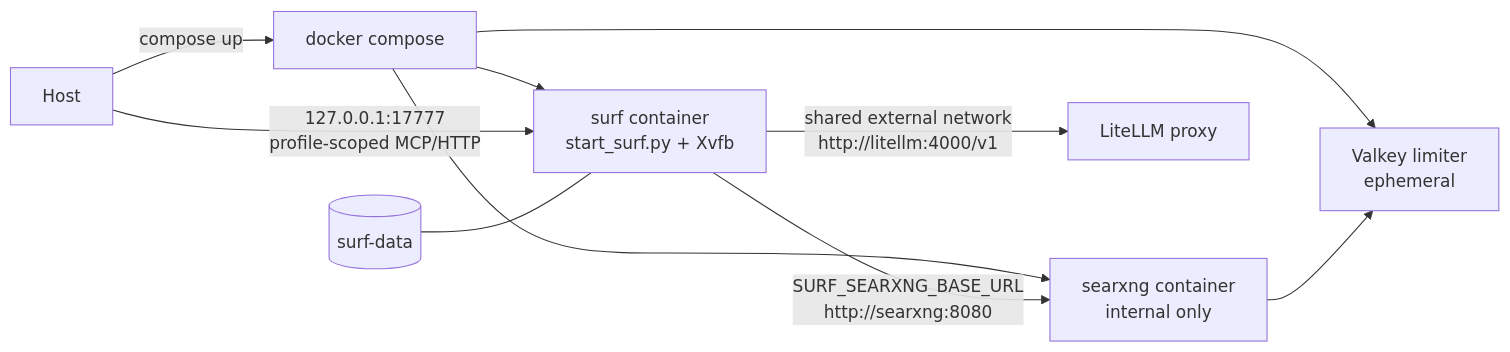
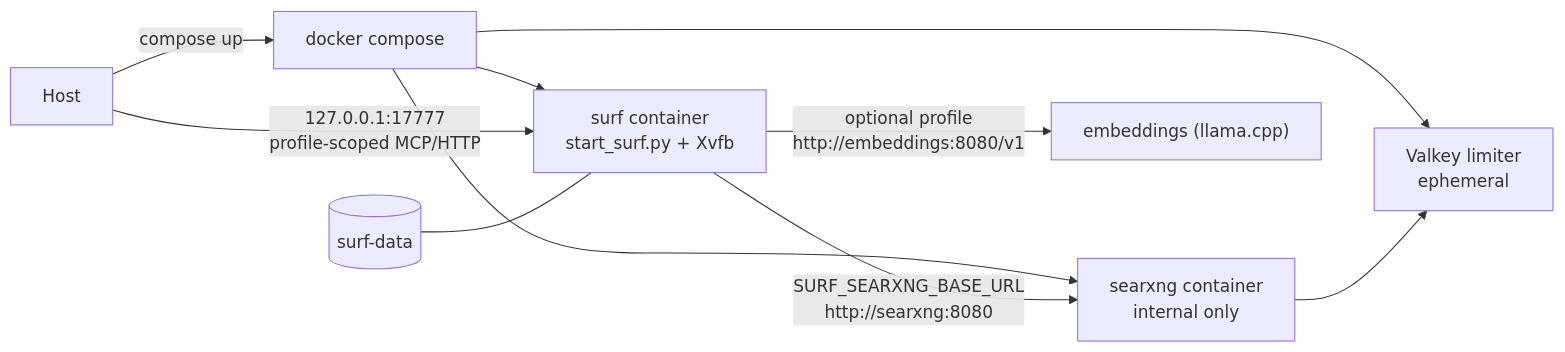
Before and after one commit to nomadbarefoot/SURF: the seventh of 7 diagrams in ARCHITECTURE.md, drawn with Mermaid. The commit also changed other lines of this file and 42 other files, not shown here.

````diff
--- a/ARCHITECTURE.md
+++ b/ARCHITECTURE.md
@@ -203,12 +203,12 @@
 ```mermaid
 flowchart LR
   Host["Host"] -->|compose up| Compose["docker compose"]
   Compose --> SurfC["surf container<br/>start_surf.py + Xvfb"]
   Compose --> SXC["searxng container<br/>internal only"]
   Compose --> VK["Valkey limiter<br/>ephemeral"]
   SurfC -->|SURF_SEARXNG_BASE_URL<br/>http://searxng:8080| SXC
-  SurfC -->|shared external network<br/>http://litellm:4000/v1| LiteLLM["LiteLLM proxy"]
+  SurfC -->|optional profile<br/>http://embeddings:8080/v1| LiteLLM["embeddings (llama.cpp)"]
   Host -->|127.0.0.1:17777<br/>profile-scoped MCP/HTTP| SurfC
   SXC --> VK
   Vol1[("surf-data")] --- SurfC
 ```
````
